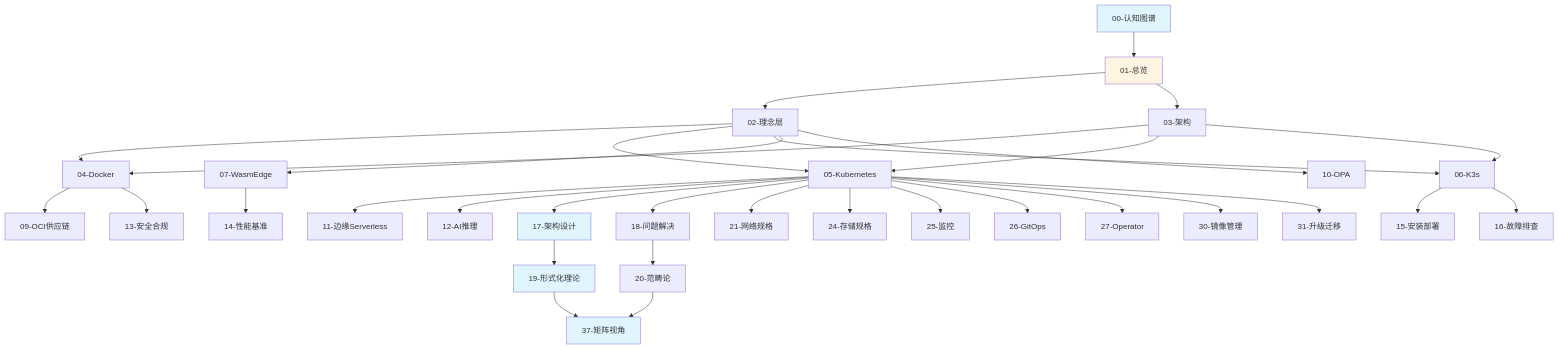
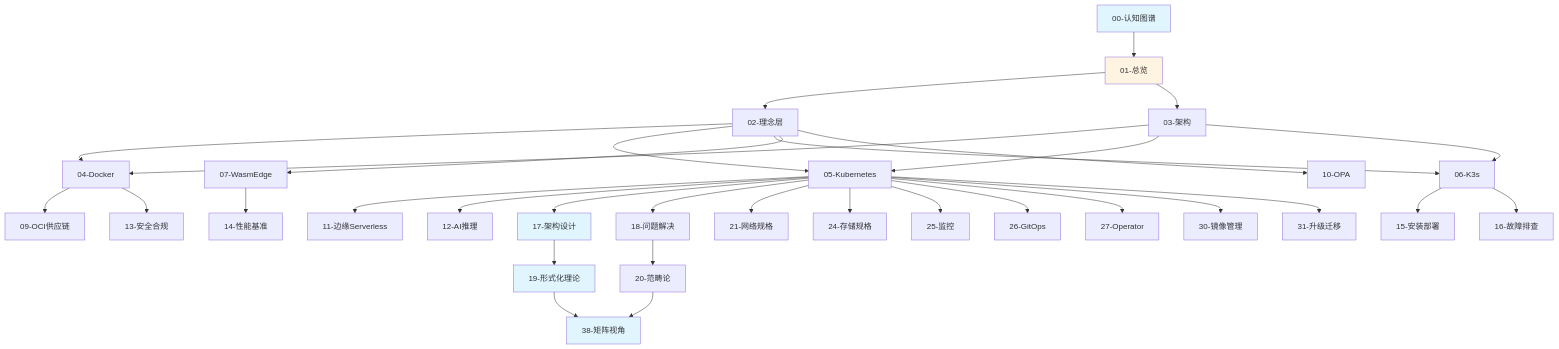
The diagram in docs/INDEX.md (AdaMartin18010/wasmedge_k3s), drawn with Mermaid before and after one commit. The commit also changed other lines of this file and 34 other files, not shown here.

````diff
--- a/docs/INDEX.md
+++ b/docs/INDEX.md
@@ -154,49 +158,49 @@
 ```mermaid
 graph TB
     A[00-认知图谱] --> B[01-总览]
     B --> C[02-理念层]
     B --> D[03-架构]
 
     C --> E[04-Docker]
     C --> F[05-Kubernetes]
     C --> G[06-K3s]
     C --> H[07-WasmEdge]
     C --> I[10-OPA]
 
     D --> E
     D --> F
     D --> G
 
     E --> J[09-OCI供应链]
     E --> K[13-安全合规]
 
     F --> L[11-边缘Serverless]
     F --> M[12-AI推理]
 
     G --> N[15-安装部署]
     G --> O[16-故障排查]
 
     H --> P[14-性能基准]
 
     F --> Q[17-架构设计]
     F --> R[18-问题解决]
 
     Q --> S[19-形式化理论]
     R --> T[20-范畴论]
-    S --> UU[37-矩阵视角]
+    S --> UU[38-矩阵视角]
     T --> UU
 
     F --> U[21-网络规格]
     F --> V[24-存储规格]
     F --> W[25-监控]
     F --> X[26-GitOps]
     F --> Y[27-Operator]
     F --> Z[30-镜像管理]
     F --> AA[31-升级迁移]
 
     style A fill:#e1f5ff
     style B fill:#fff4e1
     style Q fill:#e1f5ff
     style S fill:#e1f5ff
     style UU fill:#e1f5ff
 ```
````
